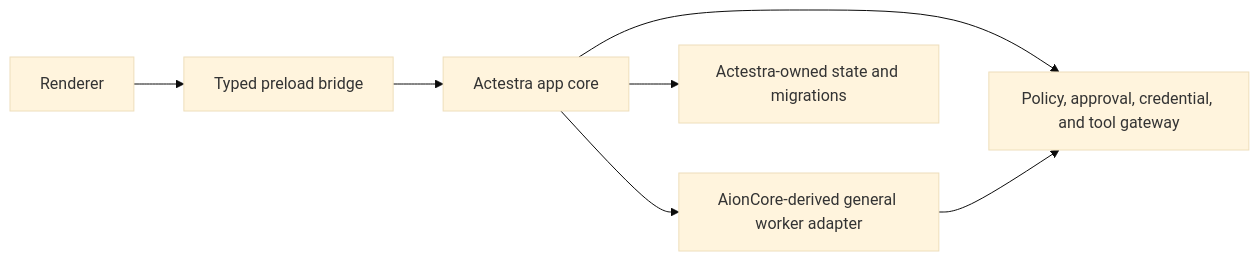
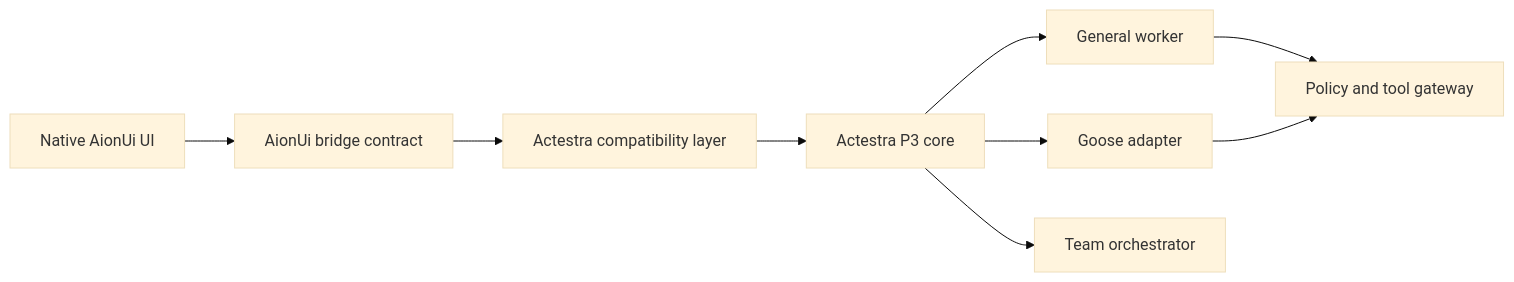
The diagram in docs/upstream/AIONUI_MODULE_MAP.md (Ablankpaper/actestra-desktop), drawn with Mermaid (base theme) before and after one commit. The commit also changed other lines of this file and 1839 other files, not shown here.

First line of the commit message:
Preserve native AionUi as the Actestra product foundation (#6)

````diff
--- a/docs/upstream/AIONUI_MODULE_MAP.md
+++ b/docs/upstream/AIONUI_MODULE_MAP.md
@@ -18,9 +21,20 @@
 ```mermaid
 flowchart LR
-    R["Renderer"] --> P["Typed preload bridge"]
-    P --> C["Actestra app core"]
-    C --> W["AionCore-derived general worker adapter"]
-    C --> G["Policy, approval, credential, and tool gateway"]
-    W --> G
-    C --> S["Actestra-owned state and migrations"]
+    UI["Native AionUi UI"]
+    BRIDGE["AionUi bridge contract"]
+    COMPAT["Actestra compatibility layer"]
+    CORE["Actestra P3 core"]
+    GENERAL["General worker"]
+    GOOSE["Goose adapter"]
+    TEAM["Team orchestrator"]
+    TOOLS["Policy and tool gateway"]
+
+    UI --> BRIDGE
+    BRIDGE --> COMPAT
+    COMPAT --> CORE
+    CORE --> GENERAL
+    CORE --> GOOSE
+    CORE --> TEAM
+    GENERAL --> TOOLS
+    GOOSE --> TOOLS
 ```
````
